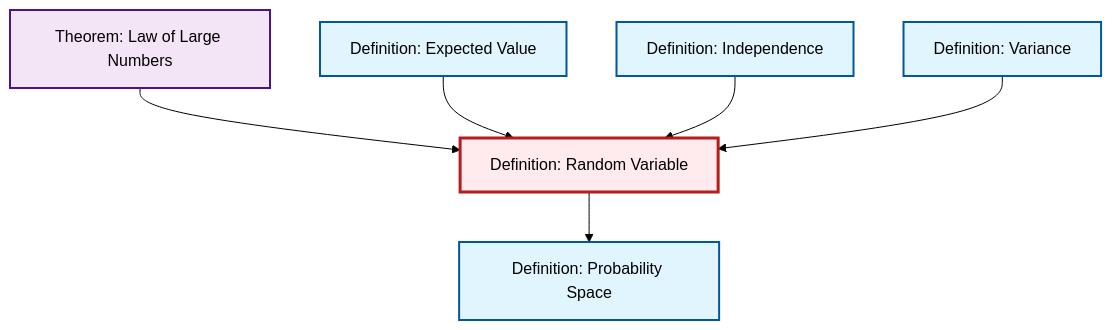
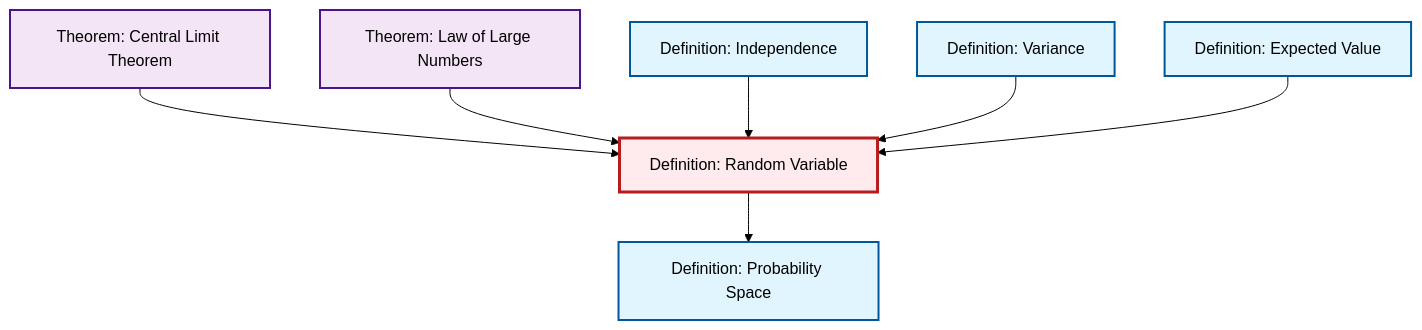
One commit to RK0429/ModernMath changed the diagram in content/ja/probability-statistics/def-random-variable.qmd. Above: the diagram before and after it, drawn with Mermaid (forest theme). The commit also changed 491 other files, not shown here.

First line of the commit message:
feat: Add Central Limit Theorem article with comprehensive cross-references

````diff
--- a/content/ja/probability-statistics/def-random-variable.qmd
+++ b/content/ja/probability-statistics/def-random-variable.qmd
@@ -48,26 +48,29 @@
 ```{mermaid}
 %%| fig-cap: "Local dependency graph"
 graph TD
     classDef definition fill:#e1f5fe,stroke:#01579b,stroke-width:2px
     classDef theorem fill:#f3e5f5,stroke:#4a148c,stroke-width:2px
     classDef axiom fill:#fff3e0,stroke:#e65100,stroke-width:2px
     classDef example fill:#e8f5e9,stroke:#1b5e20,stroke-width:2px
     classDef current fill:#ffebee,stroke:#b71c1c,stroke-width:3px
+    def-expectation["Definition: Expected Value"]:::definition
+    thm-central-limit["Theorem: Central Limit Theorem"]:::theorem
+    def-random-variable["Definition: Random Variable"]:::definition
+    thm-law-of-large-numbers["Theorem: Law of Large Numbers"]:::theorem
     def-independence["Definition: Independence"]:::definition
     def-probability-space["Definition: Probability Space"]:::definition
-    def-random-variable["Definition: Random Variable"]:::definition
-    thm-law-of-large-numbers["Theorem: Law of Large Numbers"]:::theorem
     def-variance["Definition: Variance"]:::definition
-    def-expectation["Definition: Expected Value"]:::definition
+    thm-central-limit --> def-random-variable
     thm-law-of-large-numbers --> def-random-variable
-    def-random-variable --> def-probability-space
-    def-expectation --> def-random-variable
     def-independence --> def-random-variable
     def-variance --> def-random-variable
+    def-expectation --> def-random-variable
+    def-random-variable --> def-probability-space
     class def-random-variable current
+    click def-expectation "def-expectation.html" "Definition: Expected Valueへ"
+    click thm-central-limit "thm-central-limit.html" "Theorem: Central Limit Theoremへ"
+    click thm-law-of-large-numbers "thm-law-of-large-numbers.html" "Theorem: Law of Large Numbersへ"
     click def-independence "def-independence.html" "Definition: Independenceへ"
     click def-probability-space "def-probability-space.html" "Definition: Probability Spaceへ"
-    click thm-law-of-large-numbers "thm-law-of-large-numbers.html" "Theorem: Law of Large Numbersへ"
     click def-variance "def-variance.html" "Definition: Varianceへ"
-    click def-expectation "def-expectation.html" "Definition: Expected Valueへ"
 ```
````
